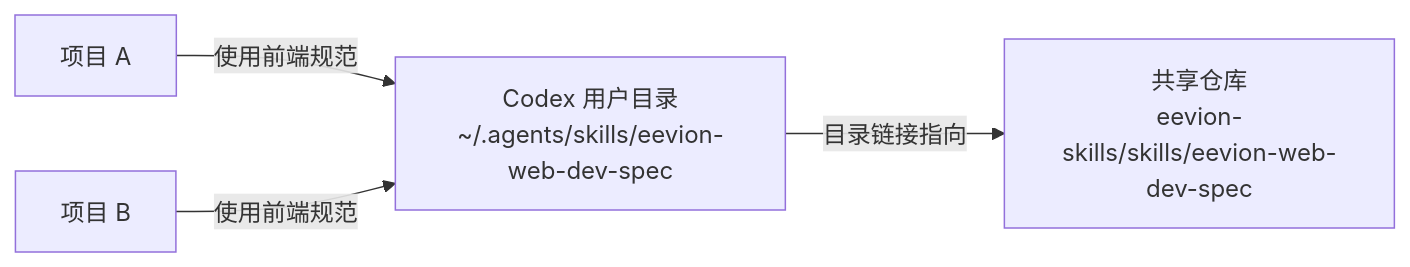
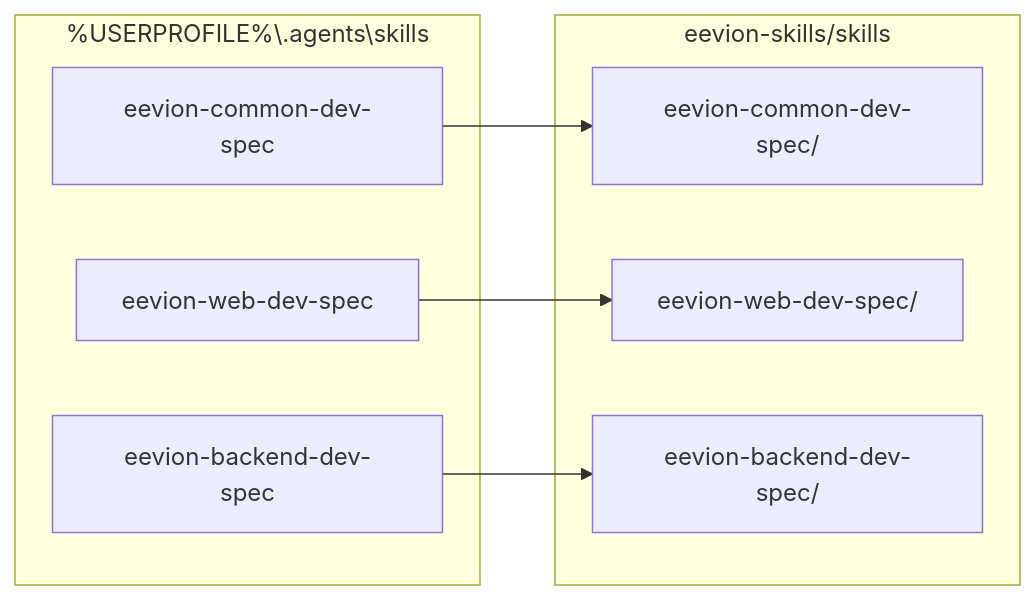
One commit to eew0824/eevion-skills changed the diagram in README.md. Above: the diagram before and after it, drawn with Mermaid. The commit also changed other lines of this file and 2 other files, not shown here.

Commit message:
feat(skills): add preview and confirmation to Windows junction installation

````diff
--- a/README.md
+++ b/README.md
@@ -11,6 +17,16 @@
 ```mermaid
 flowchart LR
-    A["项目 A"] -->|使用前端规范| C["Codex 用户目录<br/>~/.agents/skills/eevion-web-dev-spec"]
-    B["项目 B"] -->|使用前端规范| C
-    C -->|目录链接指向| D["共享仓库<br/>eevion-skills/skills/eevion-web-dev-spec"]
+    subgraph installed["%USERPROFILE%\.agents\skills"]
+        common["eevion-common-dev-spec"]
+        web["eevion-web-dev-spec"]
+        backend["eevion-backend-dev-spec"]
+    end
+    subgraph repo["eevion-skills/skills"]
+        commonDir["eevion-common-dev-spec/"]
+        webDir["eevion-web-dev-spec/"]
+        backendDir["eevion-backend-dev-spec/"]
+    end
+    common --> commonDir
+    web --> webDir
+    backend --> backendDir
 ```
````
